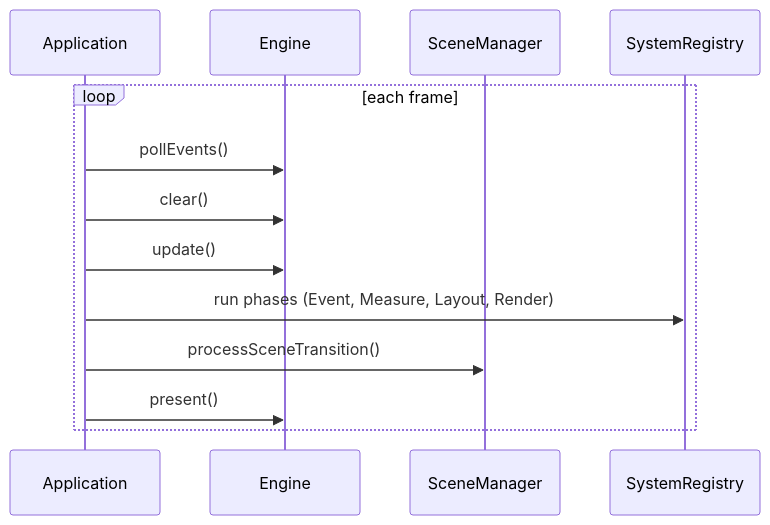
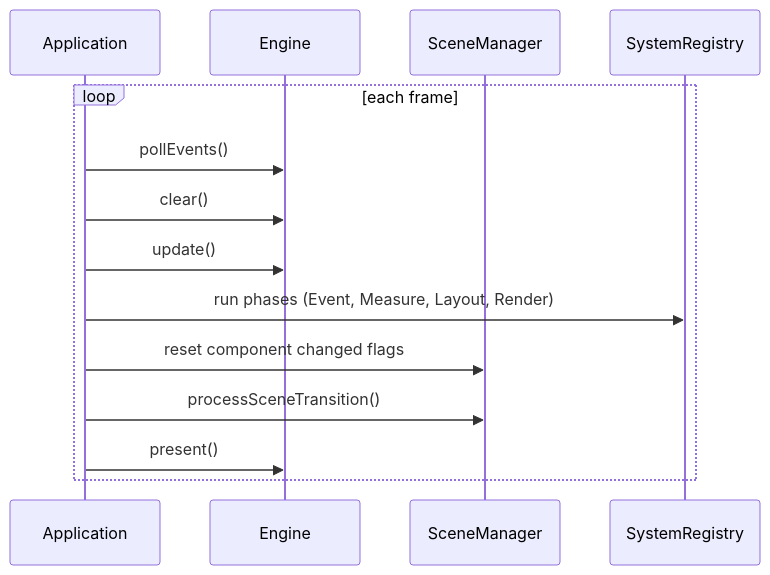
Before and after one commit to etib-corp/guillaume: the second of 3 diagrams in docs/ARCHITECTURE.md, drawn with Mermaid. The commit also changed other lines of this file and 208 other files, not shown here.

````diff
--- a/docs/ARCHITECTURE.md
+++ b/docs/ARCHITECTURE.md
@@ -40,16 +40,17 @@
 ```mermaid
 sequenceDiagram
     participant App as Application
     participant Engine
     participant SM as SceneManager
     participant SR as SystemRegistry
 
     loop each frame
         App->>Engine: pollEvents()
         App->>Engine: clear()
         App->>Engine: update()
         App->>SR: run phases (Event, Measure, Layout, Render)
+        App->>SM: reset component changed flags
         App->>SM: processSceneTransition()
         App->>Engine: present()
     end
 ```
````
